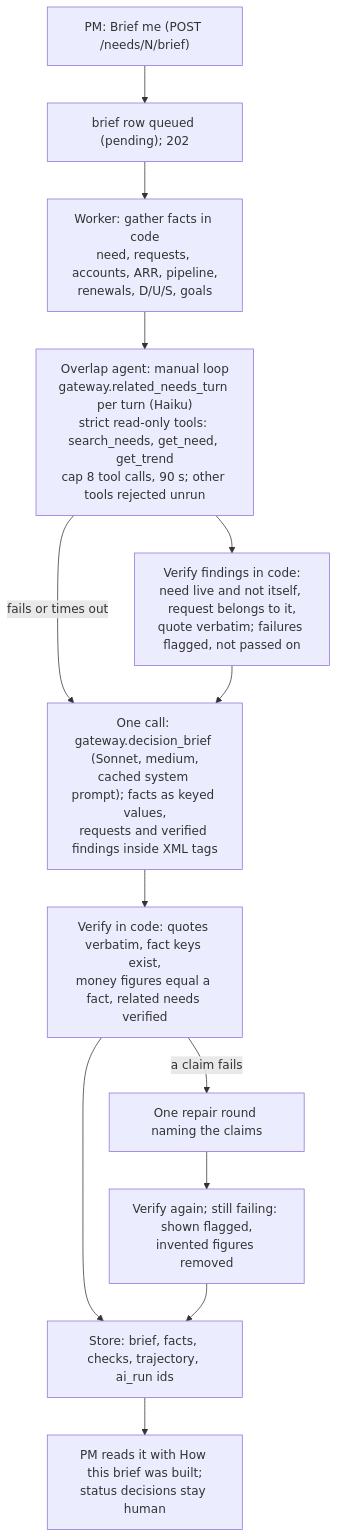
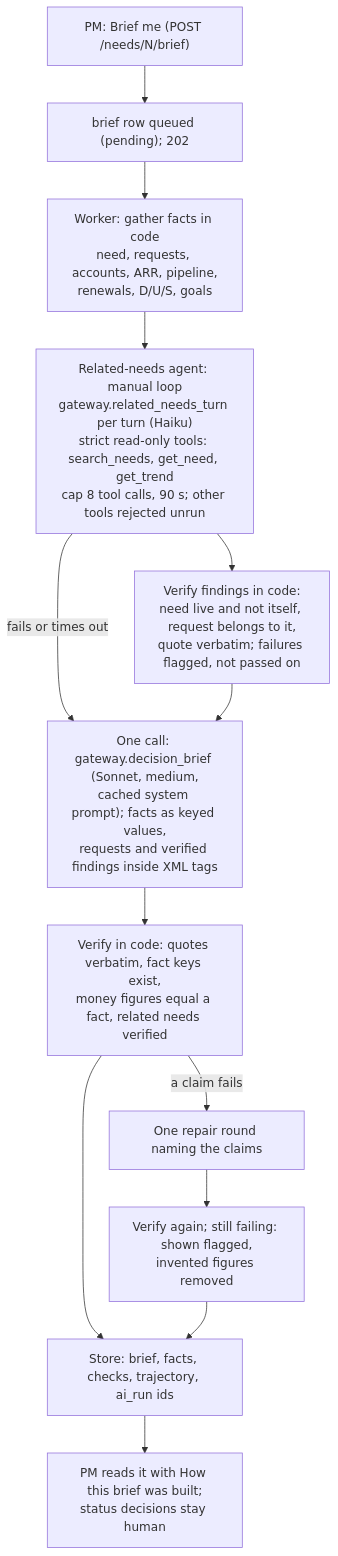
Before and after one commit to ROBERTG99/MetaCTO-Assignment: the third of 3 diagrams in docs/architecture.md, drawn with Mermaid. The commit also changed other lines of this file and 31 other files, not shown here.

````diff
--- a/docs/architecture.md
+++ b/docs/architecture.md
@@ -98,14 +98,14 @@
 ```mermaid
 flowchart TD
   A["PM: Brief me (POST /needs/N/brief)"] --> B["brief row queued (pending); 202"]
   B --> C["Worker: gather facts in code<br/>need, requests, accounts, ARR, pipeline,<br/>renewals, D/U/S, goals"]
-  C --> E["Overlap agent: manual loop<br/>gateway.related_needs_turn per turn (Haiku)<br/>strict read-only tools: search_needs, get_need, get_trend<br/>cap 8 tool calls, 90 s; other tools rejected unrun"]
+  C --> E["Related-needs agent: manual loop<br/>gateway.related_needs_turn per turn (Haiku)<br/>strict read-only tools: search_needs, get_need, get_trend<br/>cap 8 tool calls, 90 s; other tools rejected unrun"]
   E --> F["Verify findings in code:<br/>need live and not itself, request belongs to it,<br/>quote verbatim; failures flagged, not passed on"]
   E -- "fails or times out" --> G
   F --> G["One call: gateway.decision_brief (Sonnet, medium,<br/>cached system prompt); facts as keyed values,<br/>requests and verified findings inside XML tags"]
   G --> H["Verify in code: quotes verbatim, fact keys exist,<br/>money figures equal a fact, related needs verified"]
   H -- "a claim fails" --> R["One repair round naming the claims"] --> H2["Verify again; still failing: shown flagged,<br/>invented figures removed"]
   H --> I
   H2 --> I["Store: brief, facts, checks, trajectory, ai_run ids"]
   I --> J["PM reads it with How this brief was built;<br/>status decisions stay human"]
 ```
````
